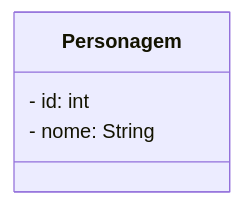
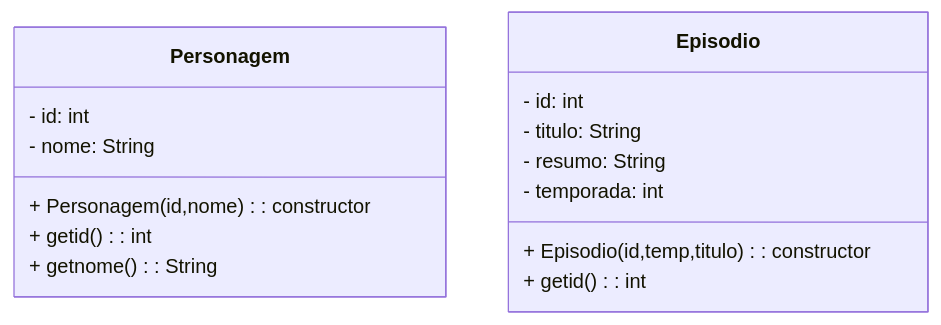
The diagram in README.md (jramso/poo-JAVA-IFES), drawn with Mermaid before and after one commit. The commit also changed other lines of this file, not shown here.

Commit message:
📃 docs(Update readme): readme Projeto de Exceções completo, atualizando o readme
FIX: Testando o mermaid

````diff
--- a/README.md
+++ b/README.md
@@ -51,9 +51,21 @@
 ```mermaid
 
     classDiagram
-
+    
     class Personagem{
         - id: int
         - nome: String
+        + Personagem(id,nome): constructor
+        + getid(): int
+        + getnome(): String
+    }
+
+    class Episodio{
+        - id: int
+        - titulo: String
+        - resumo: String
+        - temporada: int
+        + Episodio(id,temp,titulo): constructor
+        + getid(): int
     }
 ```
````
